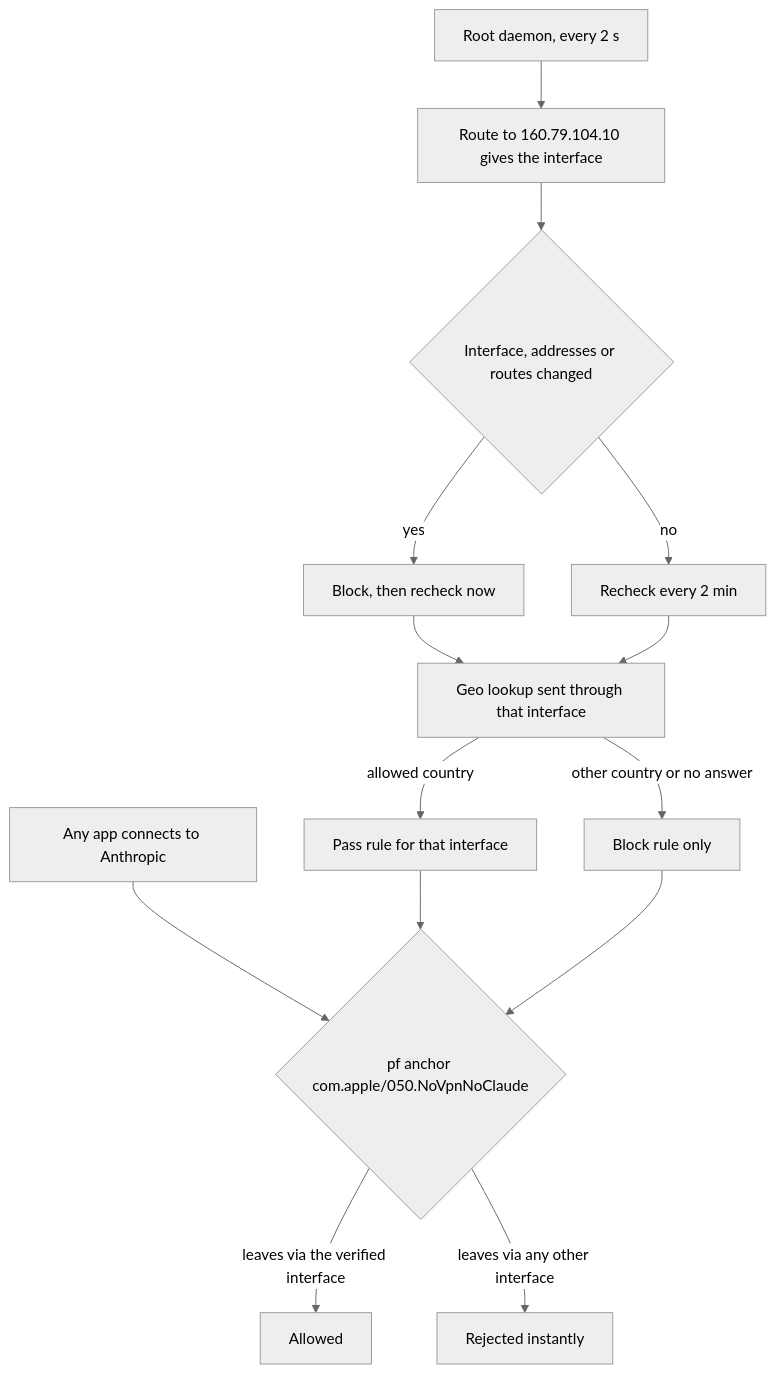
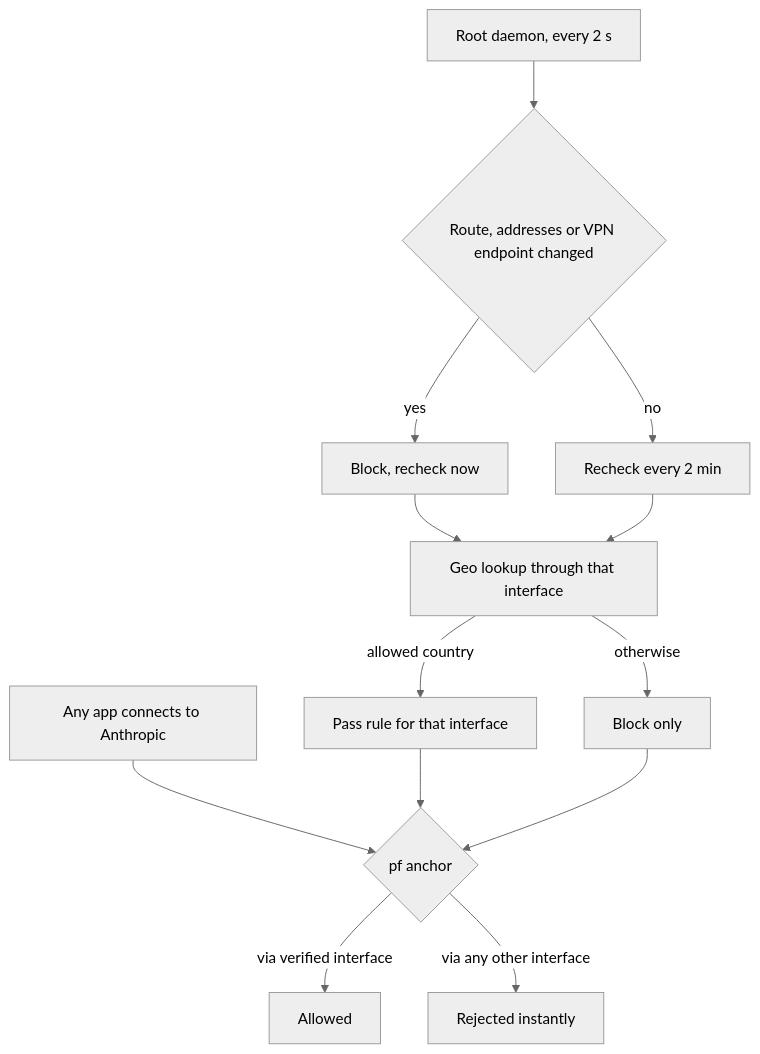
The diagram in README.md (LuminiteTime/no-vpn-no-claude), drawn with Mermaid (neutral theme) before and after one commit. The commit also changed other lines of this file and 4 other files, not shown here.

````diff
--- a/README.md
+++ b/README.md
@@ -7,16 +43,15 @@
 ```mermaid
 flowchart TD
-    A[Any app connects to Anthropic] --> B{pf anchor com.apple/050.NoVpnNoClaude}
-    B -->|leaves via the verified interface| C[Allowed]
-    B -->|leaves via any other interface| D[Rejected instantly]
-    E[Root daemon, every 2 s] --> F[Route to 160.79.104.10 gives the interface]
-    F --> G{Interface, addresses or routes changed}
-    G -->|yes| H[Block, then recheck now]
+    A[Any app connects to Anthropic] --> B{pf anchor}
+    B -->|via verified interface| C[Allowed]
+    B -->|via any other interface| D[Rejected instantly]
+    E[Root daemon, every 2 s] --> G{Route, addresses or VPN endpoint changed}
+    G -->|yes| H[Block, recheck now]
     G -->|no| I[Recheck every 2 min]
-    H --> J[Geo lookup sent through that interface]
+    H --> J[Geo lookup through that interface]
     I --> J
     J -->|allowed country| K[Pass rule for that interface]
-    J -->|other country or no answer| L[Block rule only]
+    J -->|otherwise| L[Block only]
     K --> B
     L --> B
 ```
````
